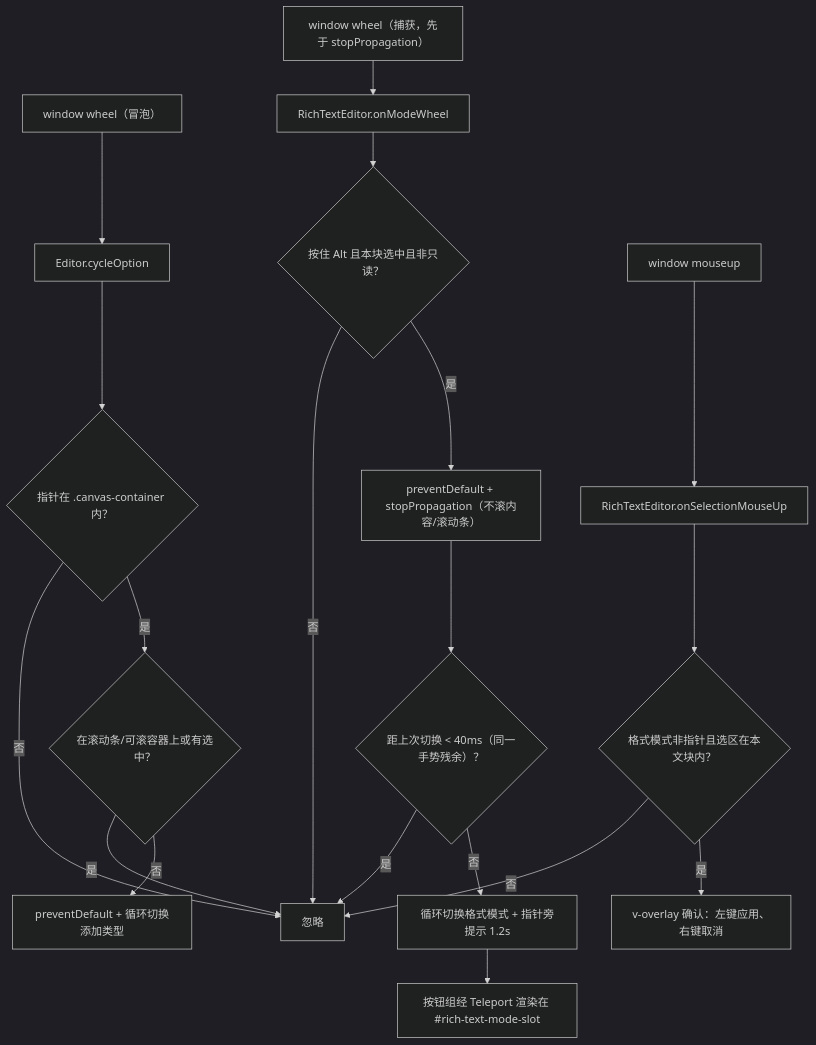
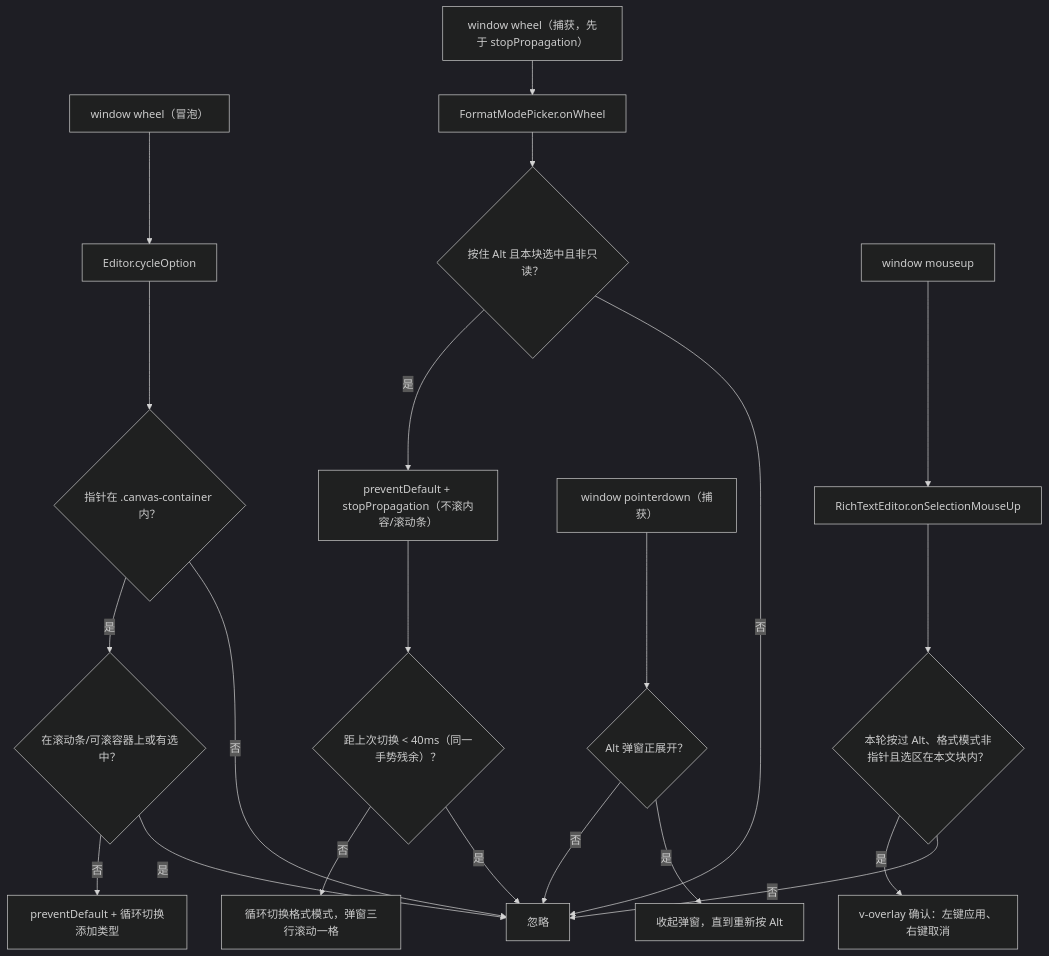
One commit to LogicAurora/Mindrizzle changed the fourth of 4 diagrams in src/docs/flow/07-events-flow.md. Above: the diagram before and after it, drawn with Mermaid (dark theme). The commit also changed other lines of this file and 9 other files, not shown here.

````diff
--- a/src/docs/flow/07-events-flow.md
+++ b/src/docs/flow/07-events-flow.md
@@ -61,23 +61,26 @@
 ```mermaid
 flowchart TD
   A["window wheel（冒泡）"] --> B["Editor.cycleOption"]
   B --> C{"指针在 .canvas-container 内？"}
   C -->|否| Z["忽略"]
   C -->|是| D{"在滚动条/可滚容器上或有选中？"}
   D -->|是| Z
   D -->|否| E["preventDefault + 循环切换添加类型"]
 
-  F["window wheel（捕获，先于 stopPropagation）"] --> G["RichTextEditor.onModeWheel"]
+  F["window wheel（捕获，先于 stopPropagation）"] --> G["FormatModePicker.onWheel"]
   G --> H{"按住 Alt 且本块选中且非只读？"}
   H -->|否| Z
   H -->|是| I["preventDefault + stopPropagation（不滚内容/滚动条）"]
   I --> I2{"距上次切换 < 40ms（同一手势残余）？"}
   I2 -->|是| Z
-  I2 -->|否| I3["循环切换格式模式 + 指针旁提示 1.2s"]
-  I3 --> J["按钮组经 Teleport 渲染在 #rich-text-mode-slot"]
+  I2 -->|否| I3["循环切换格式模式，弹窗三行滚动一格"]
+
+  P["window pointerdown（捕获）"] --> Q{"Alt 弹窗正展开？"}
+  Q -->|是| Q2["收起弹窗，直到重新按 Alt"]
+  Q -->|否| Z
 
   K["window mouseup"] --> L["RichTextEditor.onSelectionMouseUp"]
-  L --> M{"格式模式非指针且选区在本文块内？"}
+  L --> M{"本轮按过 Alt、格式模式非指针且选区在本文块内？"}
   M -->|否| Z
   M -->|是| N["v-overlay 确认：左键应用、右键取消"]
 ```
````
